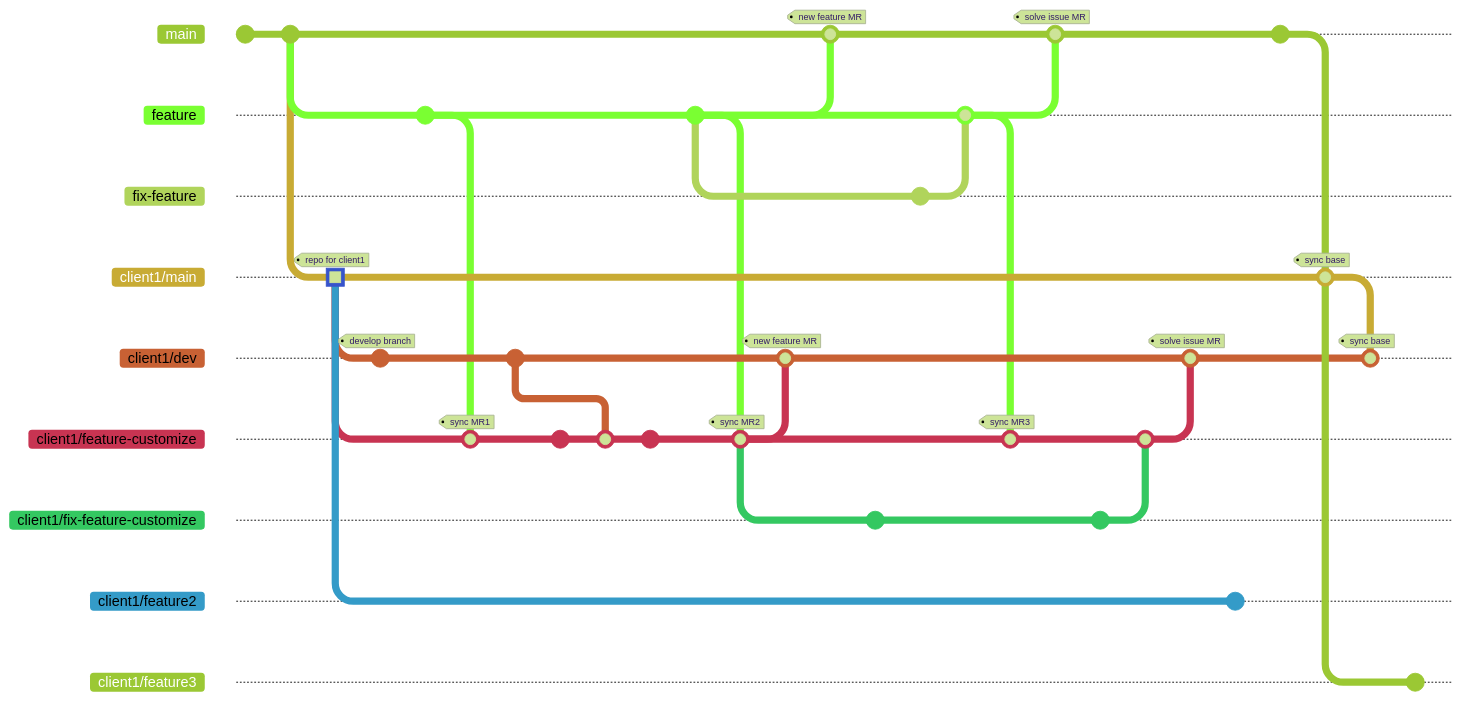
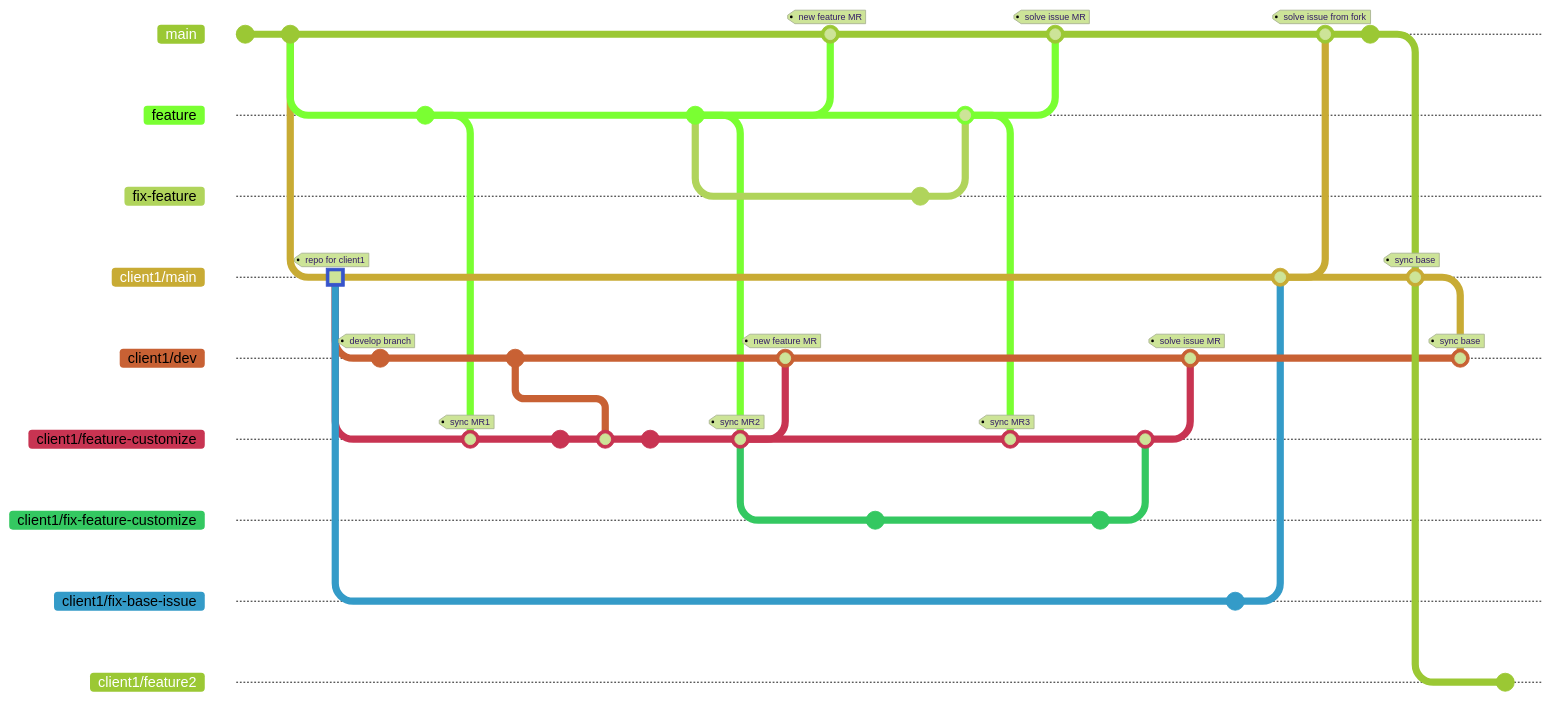
The first of 2 diagrams in git/workflow.md (tsengyushiang/notes), drawn with Mermaid (forest theme) before and after one commit. Commit ids are hidden.

````diff
--- a/git/workflow.md
+++ b/git/workflow.md
@@ -7,62 +7,65 @@
 ```mermaid
 %%{init: { 'gitGraph': {'showCommitLabel': false}} }%%
 
 gitGraph
     commit
     commit
     branch feature order: 1
     branch client1/main order: 5
     commit tag:"repo for client1" type: HIGHLIGHT
     branch client1/dev order: 6
     commit tag:"develop branch"
     checkout feature
     commit
     checkout client1/main
     branch client1/feature-customize order: 7
     merge feature tag:"sync MR1"
     checkout client1/dev
     commit
     checkout client1/feature-customize
     commit
     merge client1/dev
     commit
     checkout feature
     commit
     checkout client1/feature-customize
     merge feature tag:"sync MR2"
     checkout client1/dev
     merge client1/feature-customize tag:"new feature MR"
     checkout main
     merge feature tag:"new feature MR"
     checkout client1/feature-customize
     branch client1/fix-feature-customize order: 8
     commit
     checkout feature
     branch fix-feature order: 2
     commit
     checkout feature
     merge fix-feature
     checkout client1/feature-customize
     merge feature tag:"sync MR3"
     checkout main
     merge feature tag:"solve issue MR"
     checkout client1/fix-feature-customize
     commit
     checkout client1/feature-customize
     merge client1/fix-feature-customize
     checkout client1/dev
     merge client1/feature-customize tag:"solve issue MR"
     checkout client1/main
-    branch client1/feature2 order:10
+    branch client1/fix-base-issue order:10
     commit
+    checkout client1/main
+    merge client1/fix-base-issue
     checkout main
+    merge client1/main tag:"solve issue from fork"
     commit
     checkout client1/main
     merge main tag:"sync base"
     checkout client1/dev
     merge client1/main tag:"sync base"
     checkout client1/main
-    branch client1/feature3 order:11
+    branch client1/feature2 order:11
     commit
 
 ```
````
